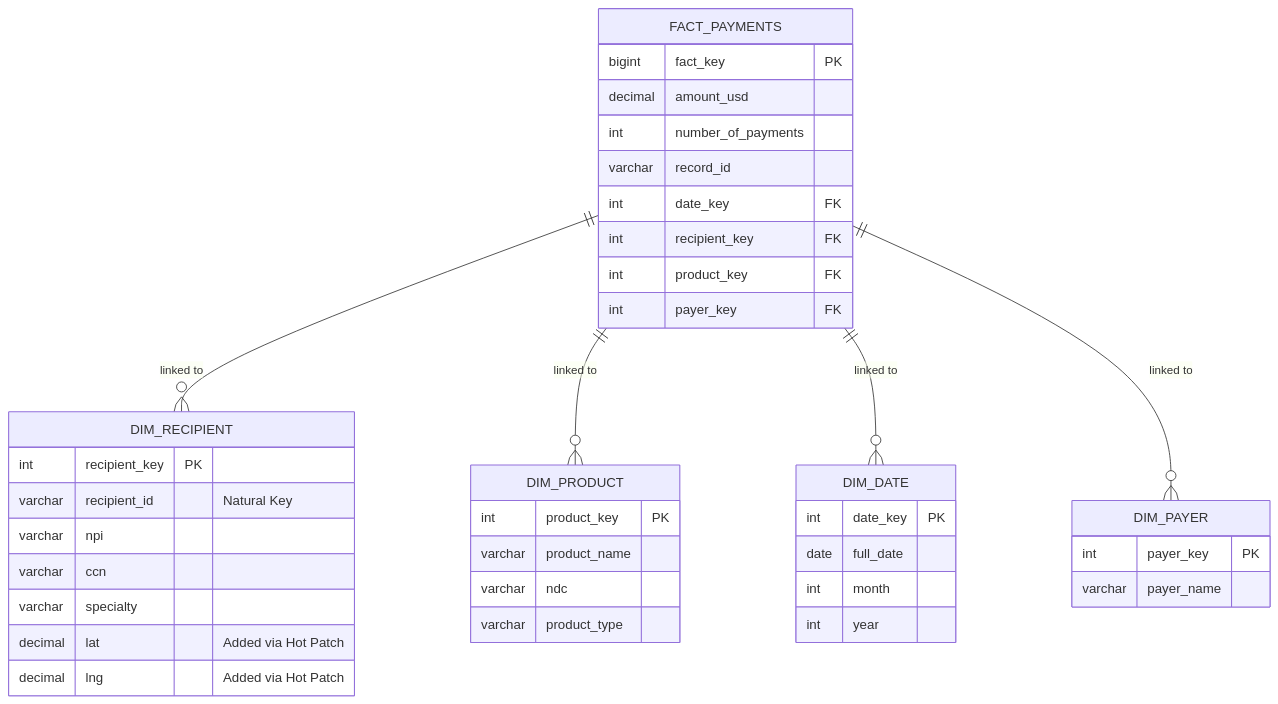
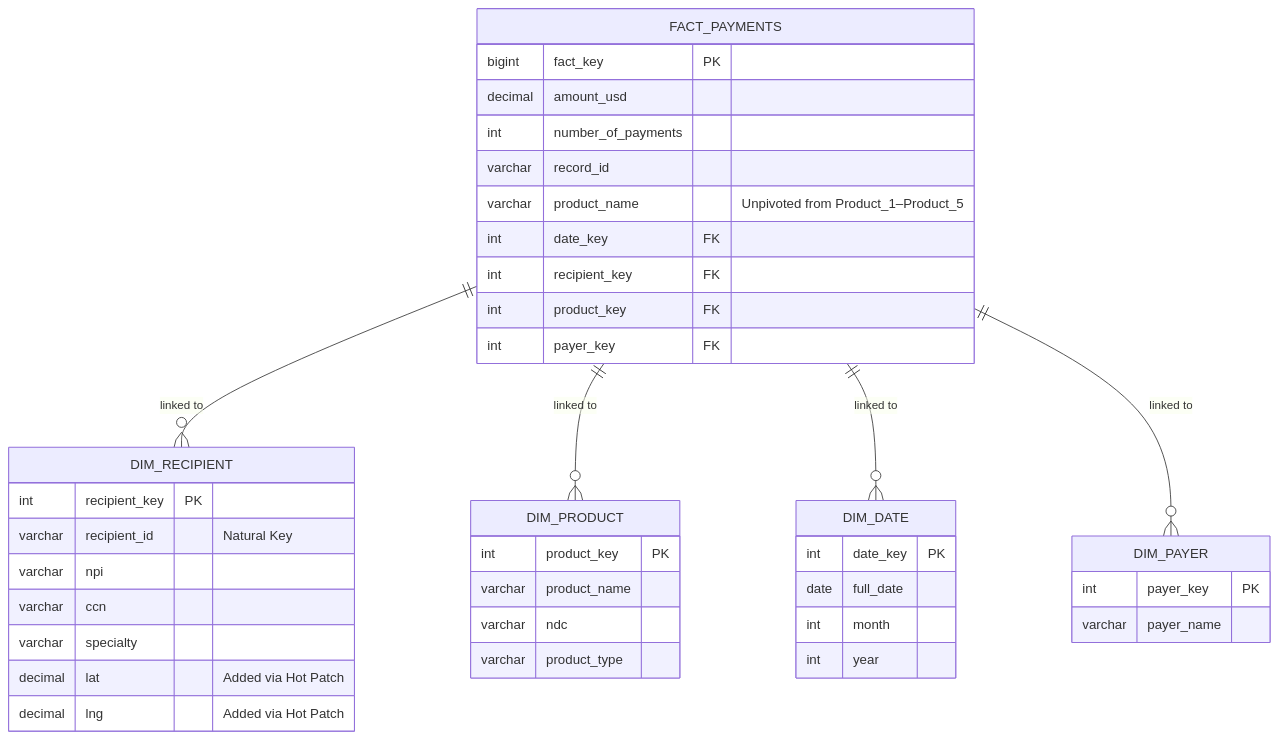
The diagram in TECHNICAL.md (michaelcampbell215/healthcare-data-engineering), drawn with Mermaid before and after one commit. The commit also changed other lines of this file and 2 other files, not shown here.

````diff
--- a/TECHNICAL.md
+++ b/TECHNICAL.md
@@ -92,47 +96,48 @@
 ```mermaid
 erDiagram
     FACT_PAYMENTS ||--o{ DIM_RECIPIENT : "linked to"
     FACT_PAYMENTS ||--o{ DIM_PRODUCT : "linked to"
     FACT_PAYMENTS ||--o{ DIM_DATE : "linked to"
     FACT_PAYMENTS ||--o{ DIM_PAYER : "linked to"
 
     DIM_RECIPIENT {
         int recipient_key PK
         varchar recipient_id "Natural Key"
         varchar npi
         varchar ccn
         varchar specialty
         decimal lat "Added via Hot Patch"
         decimal lng "Added via Hot Patch"
     }
 
     DIM_PRODUCT {
         int product_key PK
         varchar product_name
         varchar ndc
         varchar product_type
     }
 
     DIM_DATE {
         int date_key PK
         date full_date
         int month
         int year
     }
 
     DIM_PAYER {
         int payer_key PK
         varchar payer_name
     }
 
     FACT_PAYMENTS {
         bigint fact_key PK
         decimal amount_usd
         int number_of_payments
         varchar record_id
+        varchar product_name "Unpivoted from Product_1–Product_5"
         int date_key FK
         int recipient_key FK
         int product_key FK
         int payer_key FK
     }
 ```
````
